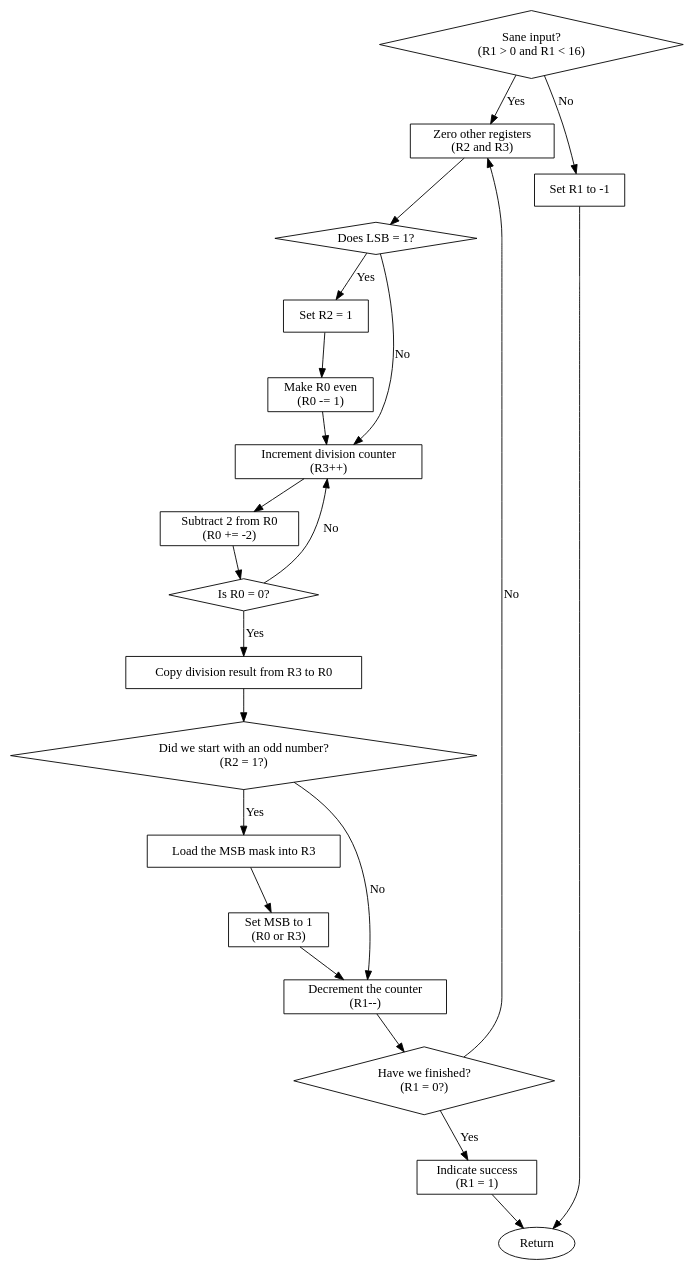
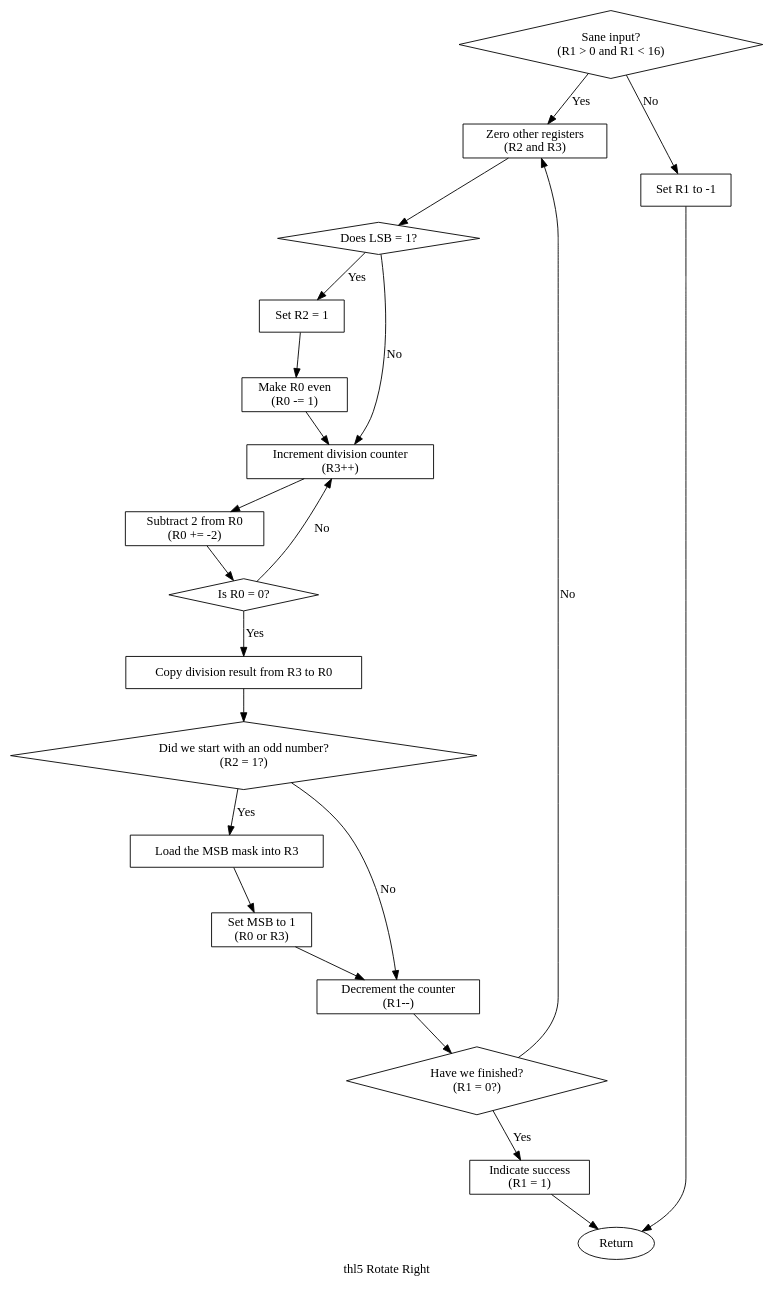
The diagram in flowchart.dot (bugsduggan/cs254-rotateright), drawn with Graphviz before and after one commit. The commit also changed 1 other file, not shown here.

```diff
--- a/flowchart.dot
+++ b/flowchart.dot
@@ -1,41 +1,43 @@
 digraph flowchart {
+  graph [label = "thl5 Rotate Right", nodesep = 0.8];
+
   node [shape = diamond, label = "Sane input?\n(R1 > 0 and R1 < 16)"] input;
   node [shape = box, label = "Zero other registers\n(R2 and R3)"] zero;
   node [shape = box, label = "Set R1 to -1"] fail;
   node [shape = diamond, label = "Does LSB = 1?"] check_lsb;
   node [shape = box, label = "Set R2 = 1"] set_flag;
   node [shape = box, label = "Make R0 even\n(R0 -= 1)"] dec_r0;
   node [shape = box, label = "Increment division counter\n(R3++)"] inc_div;
   node [shape = box, label = "Subtract 2 from R0\n(R0 += -2)"] div;
   node [shape = diamond, label = "Is R0 = 0?"] chk_div;
   node [shape = box, label = "Copy division result from R3 to R0"] cpy_div;
   node [shape = diamond, label = "Did we start with an odd number?\n(R2 = 1?)"] chk_flag;
   node [shape = box, label = "Load the MSB mask into R3"] load_mask;
   node [shape = box, label = "Set MSB to 1\n(R0 or R3)"] or_msb;
   node [shape = box, label = "Decrement the counter\n(R1--)"] dec_count;
   node [shape = diamond, label = "Have we finished?\n(R1 = 0?)"] chk_count;
   node [shape = box, label = "Indicate success\n(R1 = 1)"] success;
   node [shape = ellipse, label = "Return"] return;
 
   input -> fail [label = "No"];
   input -> zero [label = "Yes"];
   zero -> check_lsb;
   check_lsb -> set_flag [label = "Yes"];
   set_flag -> dec_r0;
   dec_r0 -> inc_div;
   check_lsb -> inc_div [label = "No"];
   inc_div -> div;
   div -> chk_div;
   chk_div -> inc_div [label = "No"];
   chk_div -> cpy_div [label = "Yes"];
   cpy_div -> chk_flag;
   chk_flag -> load_mask [label = "Yes"];
   load_mask -> or_msb;
   or_msb -> dec_count;
   chk_flag -> dec_count [label = "No"];
   dec_count -> chk_count;
   chk_count -> zero [label = "No"];
   chk_count -> success [label = "Yes"];
   success -> return;
   fail -> return;
 }
```
